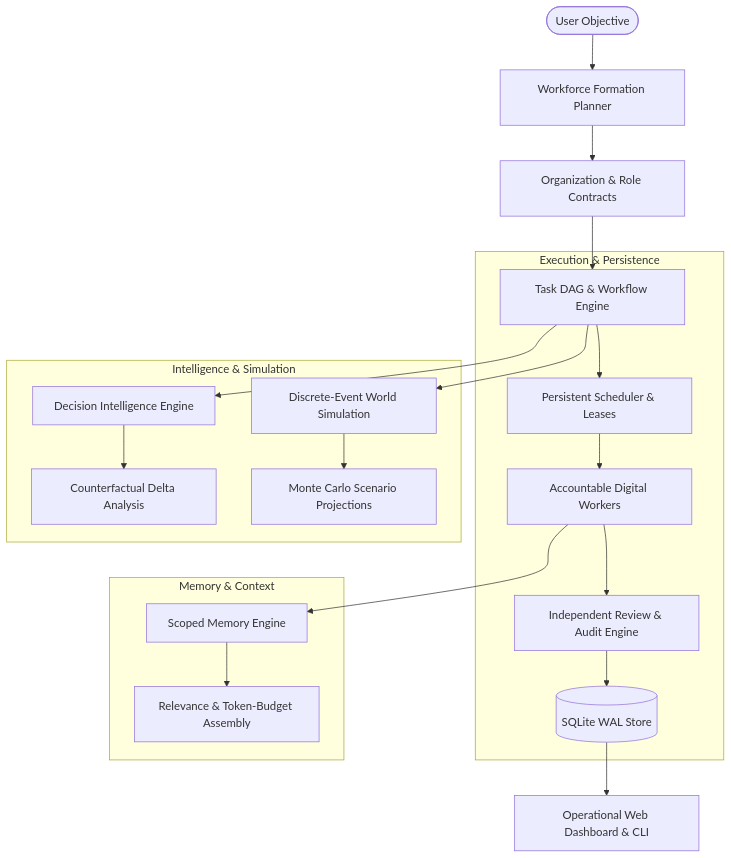
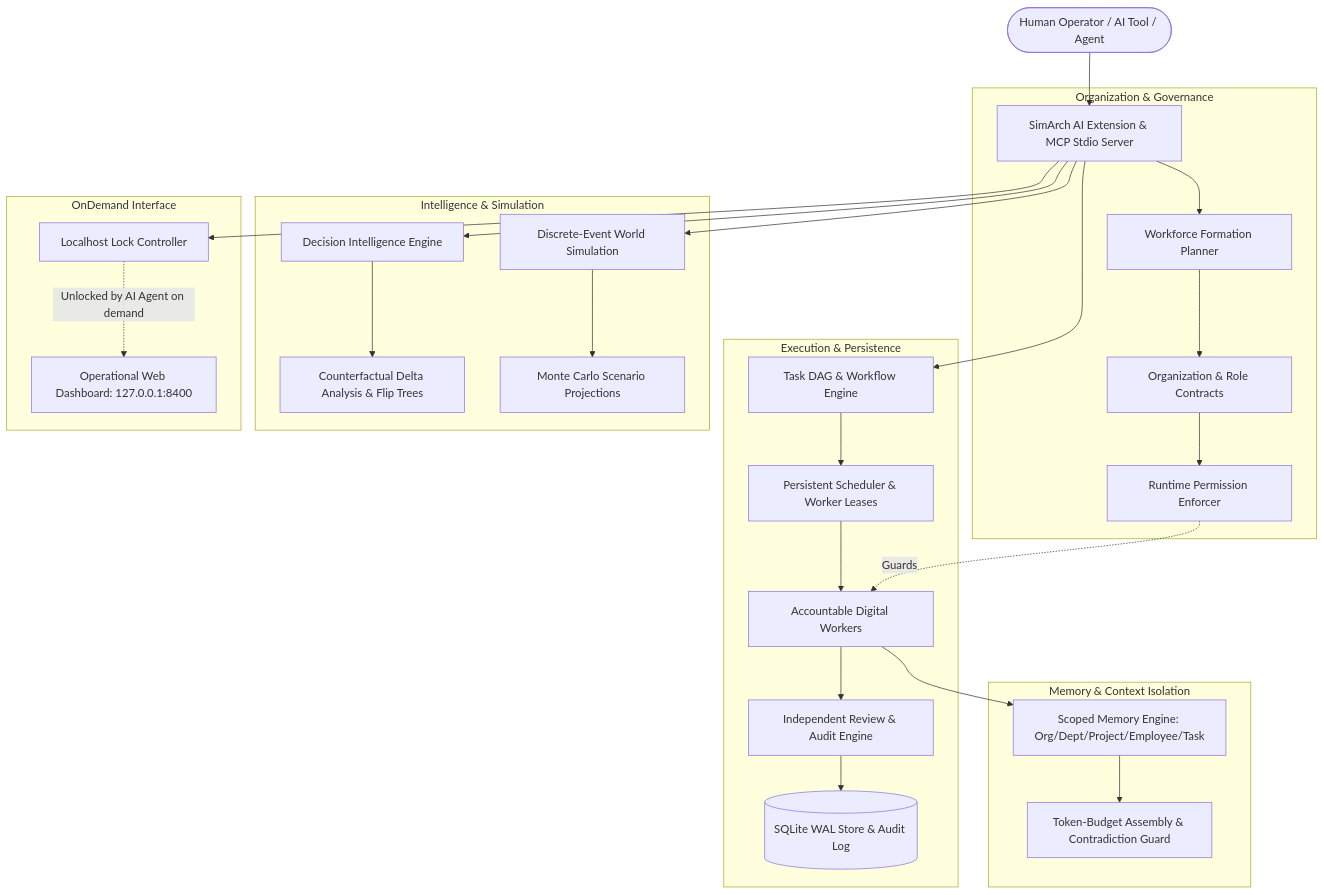
One commit to isiraglobal/SimArch changed the diagram in README.md. Above: the diagram before and after it, drawn with Mermaid. The commit also changed other lines of this file and 2 other files, not shown here.

Commit message:
docs: comprehensive README overhaul with MCP integration, localhost locking policy, and repo URLs

````diff
--- a/README.md
+++ b/README.md
@@ -40,27 +95,36 @@
 ```mermaid
 graph TD
-    User([User Objective]) --> Formation[Workforce Formation Planner]
-    Formation --> Org[Organization & Role Contracts]
-    Org --> Engine[Task DAG & Workflow Engine]
+    User([Human Operator / AI Tool / Agent]) --> Extension[SimArch AI Extension & MCP Stdio Server]
     
+    subgraph Organization & Governance
+        Extension --> Formation[Workforce Formation Planner]
+        Formation --> Org[Organization & Role Contracts]
+        Org --> PermEnforcer[Runtime Permission Enforcer]
+    end
+
     subgraph Execution & Persistence
-        Engine --> Scheduler[Persistent Scheduler & Leases]
+        Extension --> Engine[Task DAG & Workflow Engine]
+        Engine --> Scheduler[Persistent Scheduler & Worker Leases]
         Scheduler --> Workers[Accountable Digital Workers]
         Workers --> Review[Independent Review & Audit Engine]
-        Review --> Storage[(SQLite WAL Store)]
+        Review --> Storage[(SQLite WAL Store & Audit Log)]
+        PermEnforcer -. "Guards" .-> Workers
     end
 
     subgraph Intelligence & Simulation
-        Engine --> Decision[Decision Intelligence Engine]
-        Decision --> Counterfactual[Counterfactual Delta Analysis]
-        Engine --> Simulation[Discrete-Event World Simulation]
+        Extension --> Decision[Decision Intelligence Engine]
+        Decision --> Counterfactual[Counterfactual Delta Analysis & Flip Trees]
+        Extension --> Simulation[Discrete-Event World Simulation]
         Simulation --> MonteCarlo[Monte Carlo Scenario Projections]
     end
 
-    subgraph Memory & Context
-        Workers --> Memory[Scoped Memory Engine]
-        Memory --> Retrieval[Relevance & Token-Budget Assembly]
+    subgraph Memory & Context Isolation
+        Workers --> ScopedMemory[Scoped Memory Engine: Org/Dept/Project/Employee/Task]
+        ScopedMemory --> Retrieval[Token-Budget Assembly & Contradiction Guard]
     end
 
-    Storage --> Dashboard[Operational Web Dashboard & CLI]
+    subgraph OnDemand Interface
+        Extension --> LockController[Localhost Lock Controller]
+        LockController -. "Unlocked by AI Agent on demand" .-> Dashboard[Operational Web Dashboard: 127.0.0.1:8400]
+    end
 ```
````
